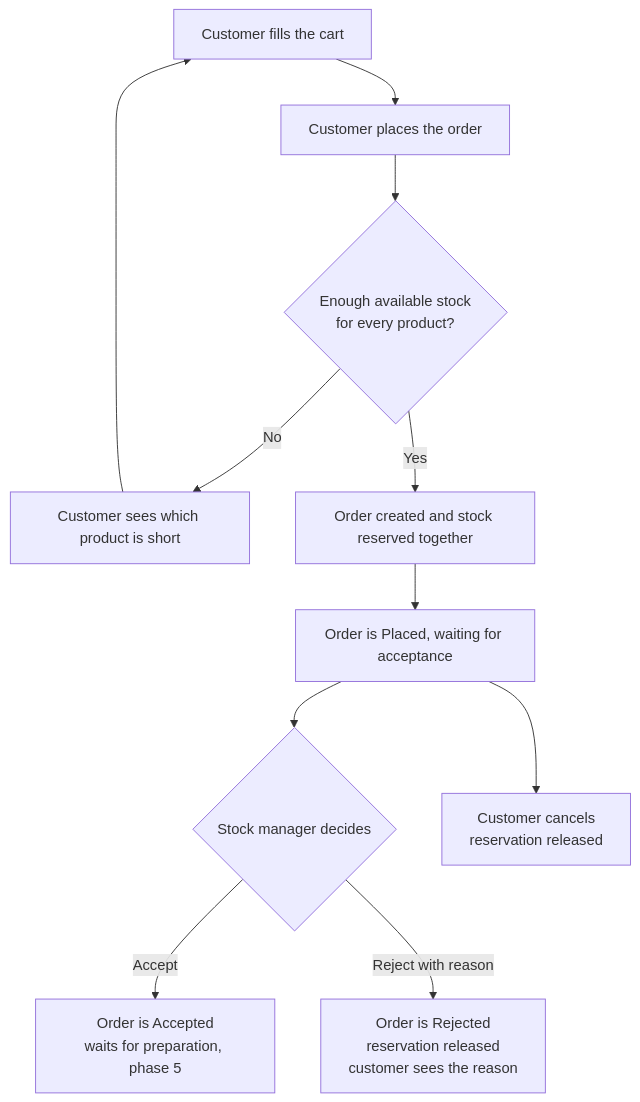
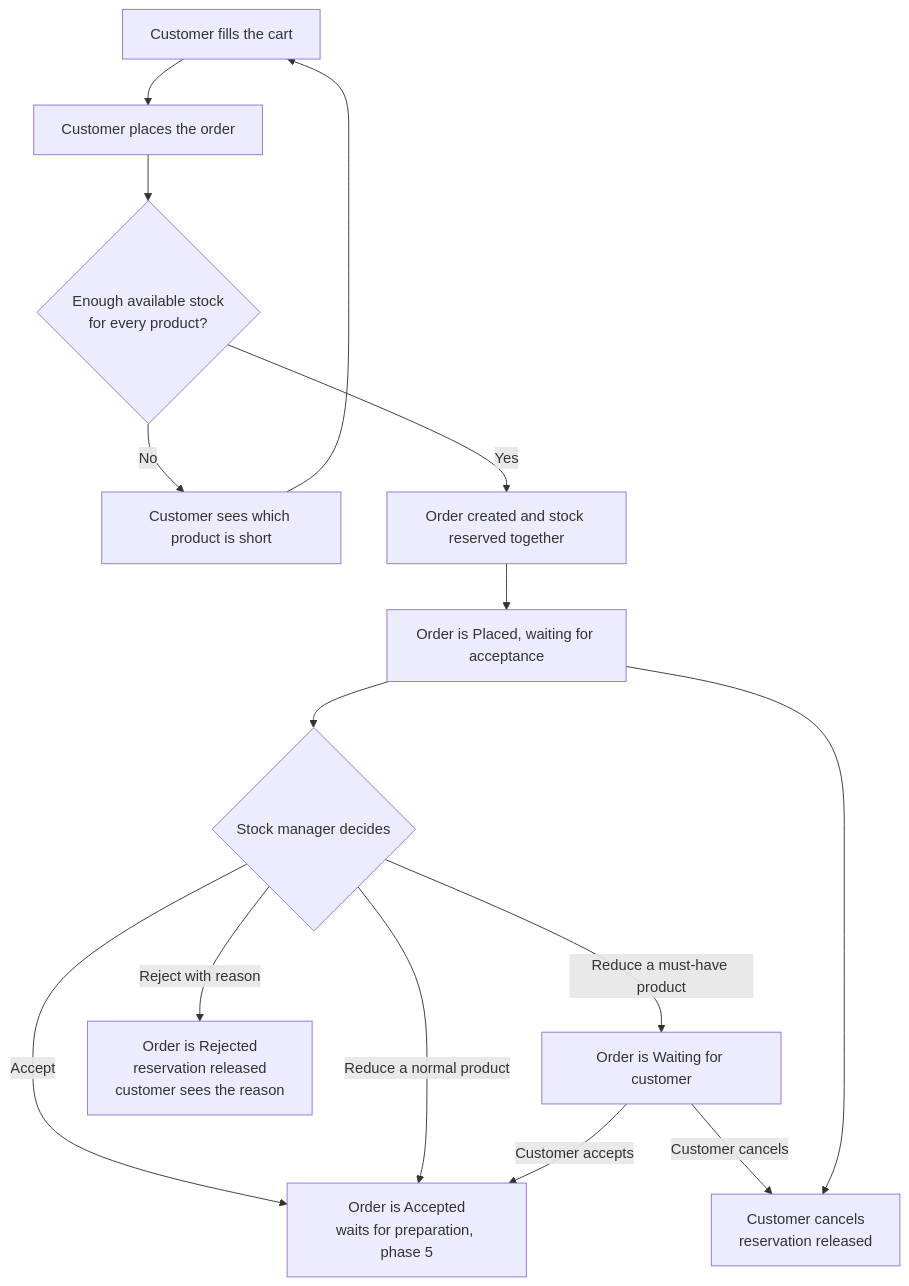
Before and after one commit to AhmedElnagarUU/Cosmo: the diagram in docs/sub-plans/04-customer-ordering.md, drawn with Mermaid. The commit also changed other lines of this file and 28 other files, not shown here.

First line of the commit message:
Confirm open decisions: offers, supplier returns, must-have products, working hours

````diff
--- a/docs/sub-plans/04-customer-ordering.md
+++ b/docs/sub-plans/04-customer-ordering.md
@@ -43,13 +51,17 @@
 ```mermaid
 flowchart TD
     A[Customer fills the cart] --> B[Customer places the order]
     B --> C{Enough available stock<br/>for every product?}
     C -- No --> E[Customer sees which product is short]
     E --> A
     C -- Yes --> D[Order created and stock reserved together]
     D --> F[Order is Placed, waiting for acceptance]
     F --> G{Stock manager decides}
     G -- Accept --> H[Order is Accepted<br/>waits for preparation, phase 5]
+    G -- Reduce a normal product --> H
+    G -- Reduce a must-have product --> K[Order is Waiting for customer]
+    K -- Customer accepts --> H
+    K -- Customer cancels --> J
     G -- Reject with reason --> I[Order is Rejected<br/>reservation released<br/>customer sees the reason]
     F --> J[Customer cancels<br/>reservation released]
 ```
````
